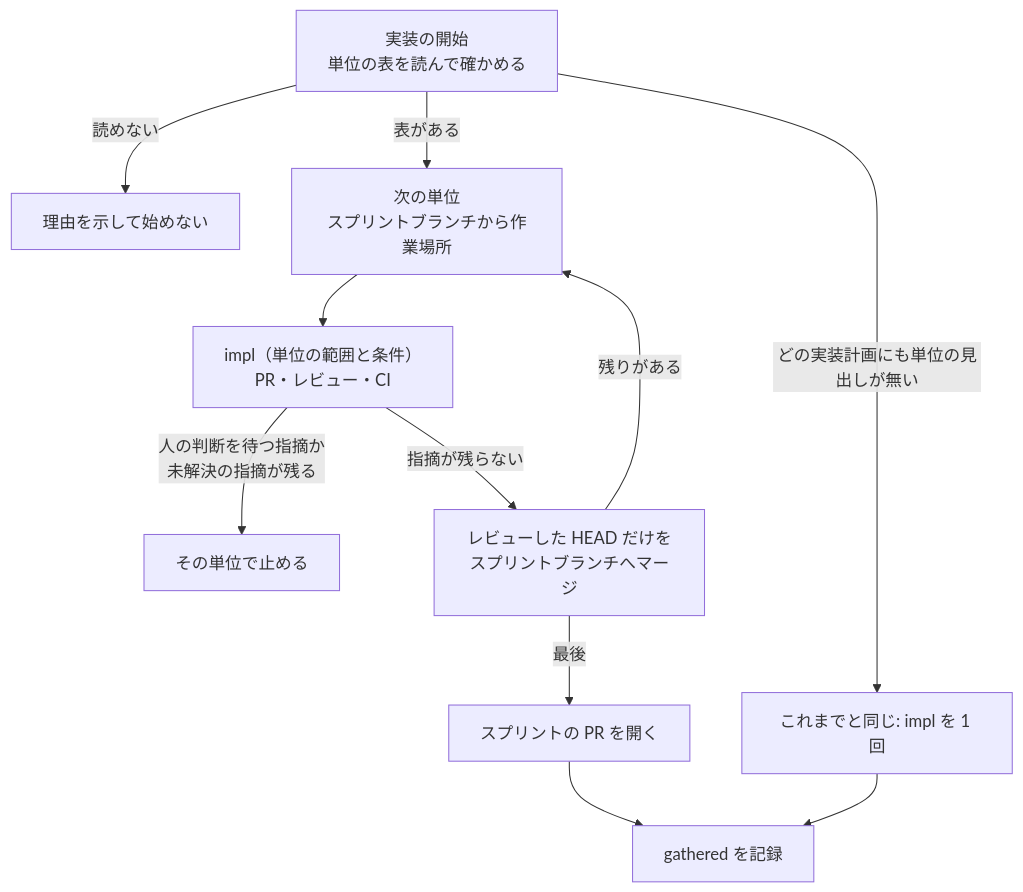
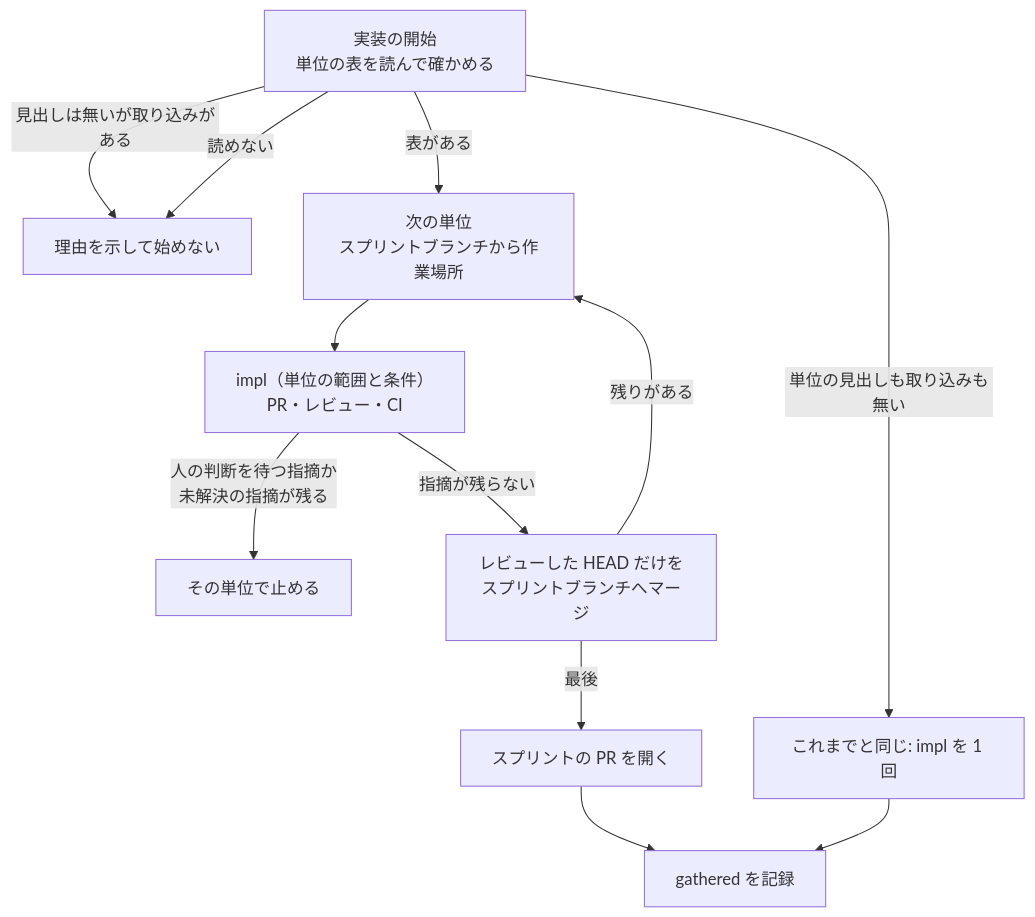
Before and after one commit to devbasex/ai-plugins: the second of 3 diagrams in issues/issue-4369-design.md, drawn with Mermaid. The commit also changed other lines of this file and 1 other file, not shown here.

````diff
--- a/issues/issue-4369-design.md
+++ b/issues/issue-4369-design.md
@@ -41,13 +41,14 @@
 ```mermaid
 flowchart TB
-  S["実装の開始<br/>単位の表を読んで確かめる"] -->|どの実装計画にも単位の見出しが無い| OLD["これまでと同じ: impl を 1 回"]
+  S["実装の開始<br/>単位の表を読んで確かめる"] -->|単位の見出しも取り込みも無い| OLD["これまでと同じ: impl を 1 回"]
+  S -->|見出しは無いが取り込みがある| STOP
   S -->|読めない| STOP["理由を示して始めない"]
   S -->|表がある| U["次の単位<br/>スプリントブランチから作業場所"]
   U --> PL["impl（単位の範囲と条件）<br/>PR・レビュー・CI"]
   PL -->|人の判断を待つ指摘か<br/>未解決の指摘が残る| STOP2["その単位で止める"]
   PL -->|指摘が残らない| M["レビューした HEAD だけを<br/>スプリントブランチへマージ"]
   M -->|残りがある| U
   M -->|最後| PR["スプリントの PR を開く"]
   PR --> G["gathered を記録"]
   OLD --> G
 ```
````
